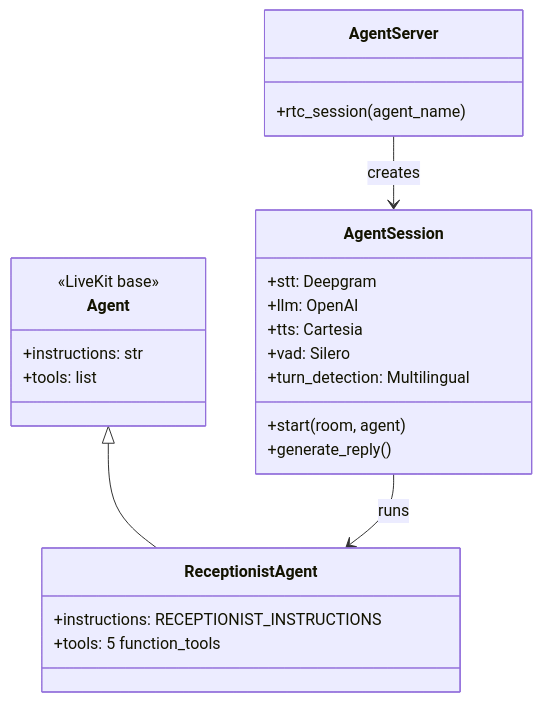
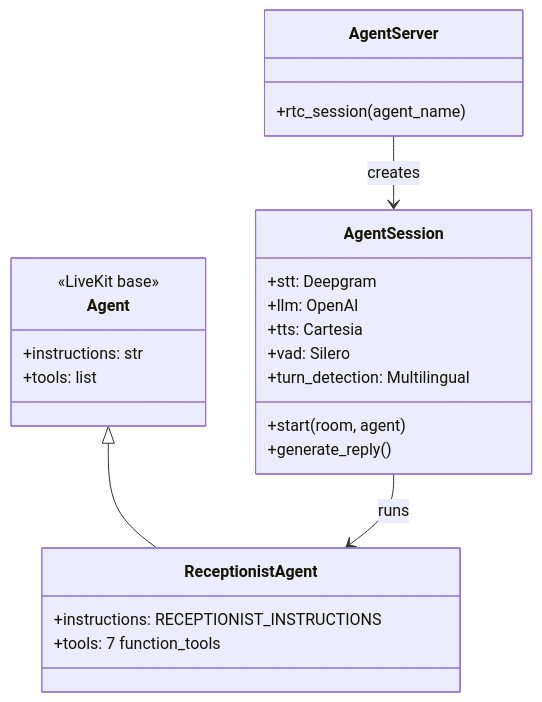
Before and after one commit to bodharma/talker: the third of 22 diagrams in docs/livekit-architecture.md, drawn with Mermaid. The commit also changed other lines of this file and 3 other files, not shown here.

````diff
--- a/docs/livekit-architecture.md
+++ b/docs/livekit-architecture.md
@@ -87,31 +87,31 @@
 ```mermaid
 classDiagram
     class Agent {
         <<LiveKit base>>
         +instructions: str
         +tools: list
     }
 
     class ReceptionistAgent {
         +instructions: RECEPTIONIST_INSTRUCTIONS
-        +tools: 5 function_tools
+        +tools: 7 function_tools
     }
 
     class AgentSession {
         +stt: Deepgram
         +llm: OpenAI
         +tts: Cartesia
         +vad: Silero
         +turn_detection: Multilingual
         +start(room, agent)
         +generate_reply()
     }
 
     class AgentServer {
         +rtc_session(agent_name)
     }
 
     Agent <|-- ReceptionistAgent
     AgentServer --> AgentSession : creates
     AgentSession --> ReceptionistAgent : runs
 ```
````
